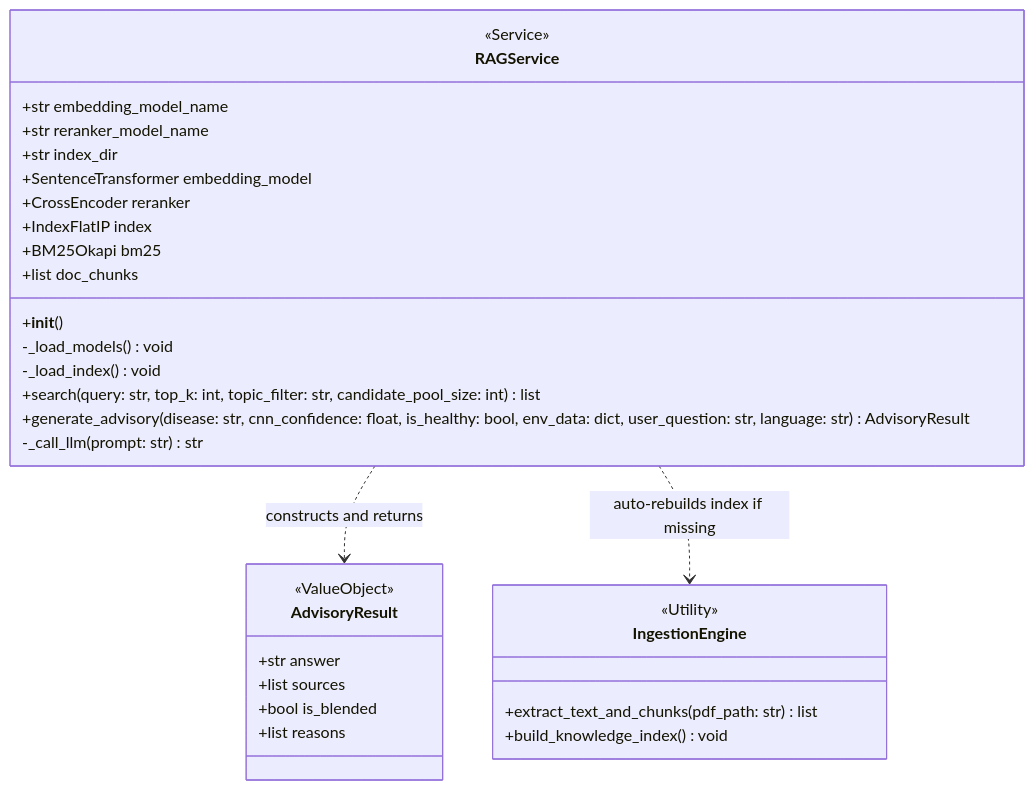
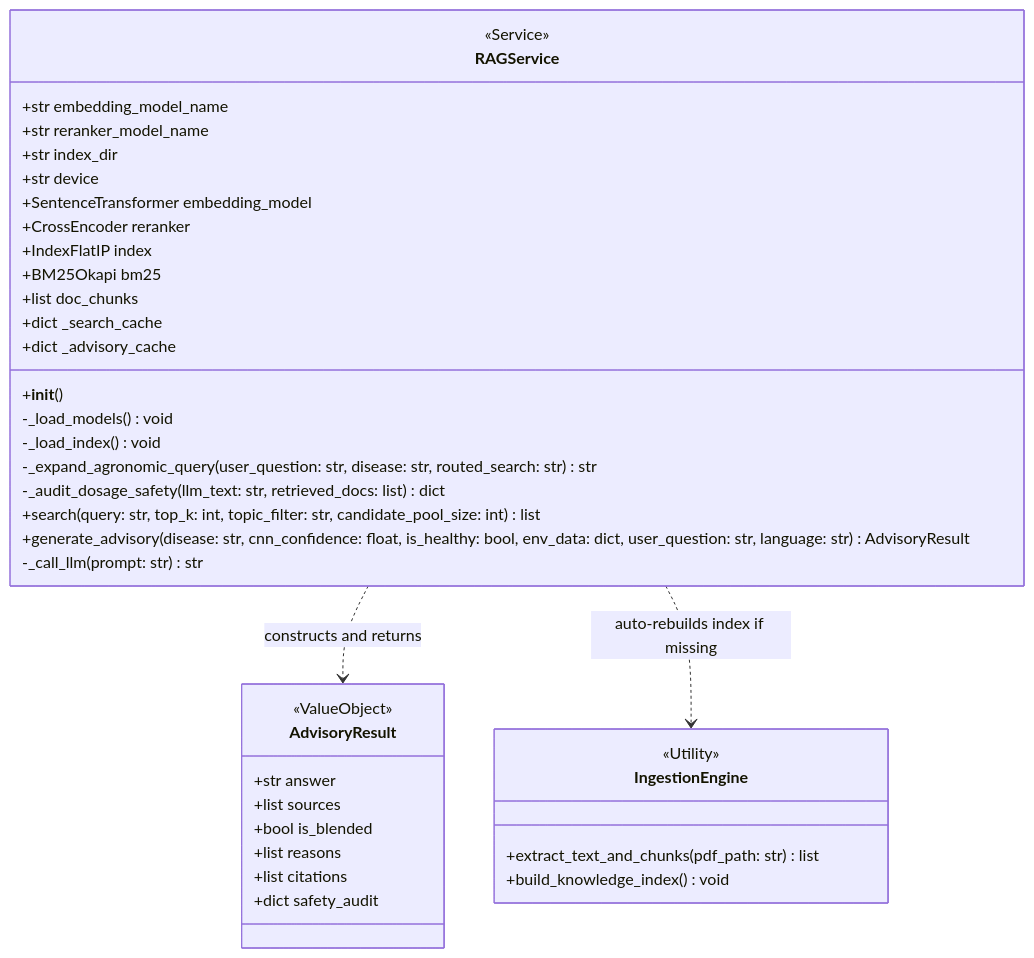
The second of 3 diagrams in cleaned/docs/lld/02_hybrid_rag_advisory.md (jeelnadaa/plantiq-capstone), drawn with Mermaid before and after one commit. The commit also changed other lines of this file and 7 other files, not shown here.

````diff
--- a/cleaned/docs/lld/02_hybrid_rag_advisory.md
+++ b/cleaned/docs/lld/02_hybrid_rag_advisory.md
@@ -75,39 +77,46 @@
 ```mermaid
 classDiagram
     direction TB
 
     class AdvisoryResult {
         <<ValueObject>>
         +str answer
         +list sources
         +bool is_blended
         +list reasons
+        +list citations
+        +dict safety_audit
     }
 
     class RAGService {
         <<Service>>
         +str embedding_model_name
         +str reranker_model_name
         +str index_dir
+        +str device
         +SentenceTransformer embedding_model
         +CrossEncoder reranker
         +IndexFlatIP index
         +BM25Okapi bm25
         +list doc_chunks
+        +dict _search_cache
+        +dict _advisory_cache
         +__init__()
         -_load_models() void
         -_load_index() void
+        -_expand_agronomic_query(user_question: str, disease: str, routed_search: str) str
+        -_audit_dosage_safety(llm_text: str, retrieved_docs: list) dict
         +search(query: str, top_k: int, topic_filter: str, candidate_pool_size: int) list
         +generate_advisory(disease: str, cnn_confidence: float, is_healthy: bool, env_data: dict, user_question: str, language: str) AdvisoryResult
         -_call_llm(prompt: str) str
     }
 
     class IngestionEngine {
         <<Utility>>
         +extract_text_and_chunks(pdf_path: str) list
         +build_knowledge_index() void
     }
 
     RAGService ..> AdvisoryResult : constructs and returns
     RAGService ..> IngestionEngine : auto-rebuilds index if missing
 ```
````
